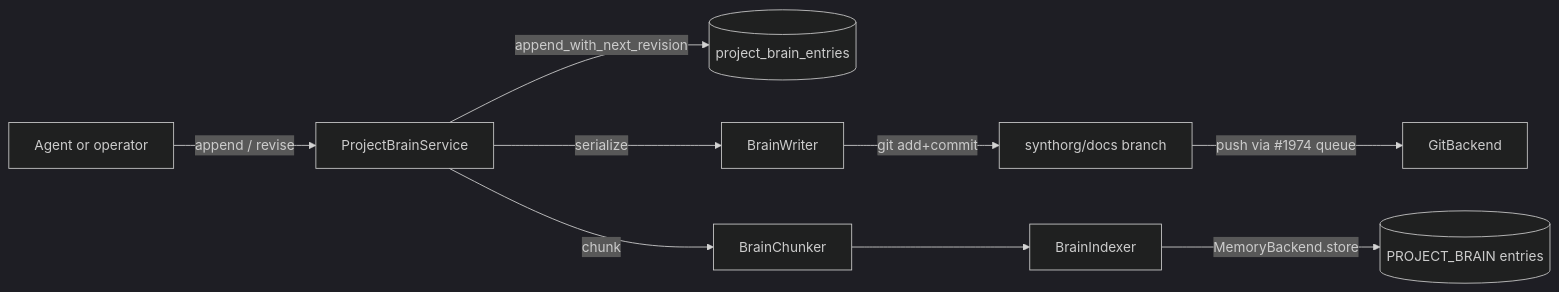
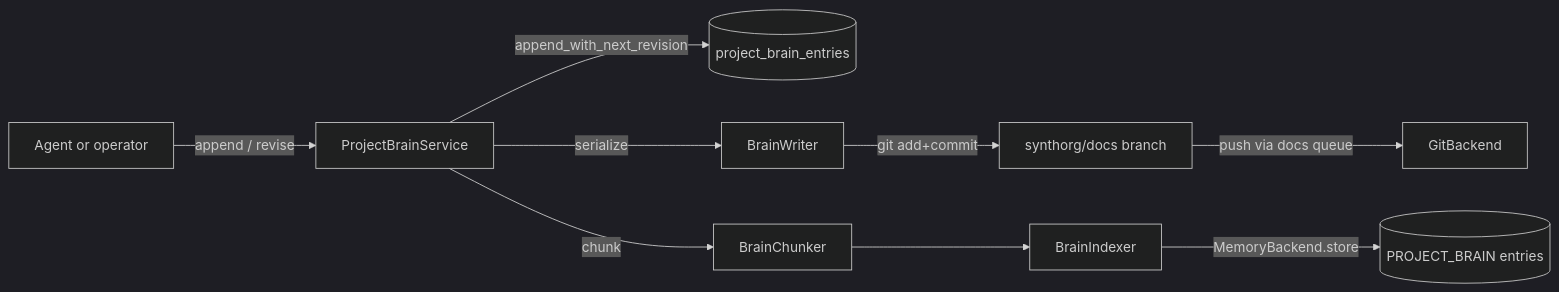
Before and after one commit to Aureliolo/synthorg: the diagram in docs/design/project-brain.md, drawn with Mermaid (dark theme). The commit also changed other lines of this file and 140 other files, not shown here.

````diff
--- a/docs/design/project-brain.md
+++ b/docs/design/project-brain.md
@@ -225,11 +225,11 @@
 ```mermaid
 flowchart LR
   Agent[Agent or operator] -->|append / revise| Service[ProjectBrainService]
   Service -->|append_with_next_revision| SQL[(project_brain_entries)]
   Service -->|serialize| Writer[BrainWriter]
   Writer -->|git add+commit| Branch[synthorg/docs branch]
-  Branch -->|push via #1974 queue| Backend[GitBackend]
+  Branch -->|push via docs queue| Backend[GitBackend]
   Service -->|chunk| Chunker[BrainChunker]
   Chunker --> Indexer[BrainIndexer]
   Indexer -->|MemoryBackend.store| Memory[(PROJECT_BRAIN entries)]
 ```
````
